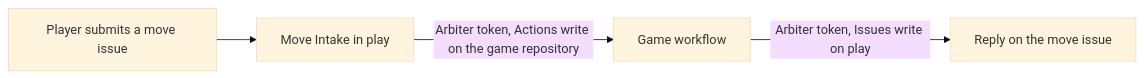
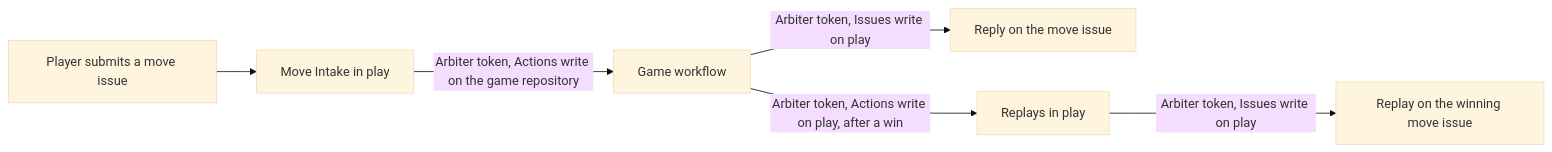
The diagram in docs/GitHub-App.md (tannergolden/play), drawn with Mermaid (base theme) before and after one commit. The commit also changed other lines of this file and 1 other file, not shown here.

First line of the commit message:
docs(replays): 📝 show the replays, and what the App needs for them

````diff
--- a/docs/GitHub-App.md
+++ b/docs/GitHub-App.md
@@ -46,6 +47,8 @@
 ```mermaid
 graph LR
     A[Player submits a move issue] --> B[Move Intake in play]
     B -->|Arbiter token, Actions write on the game repository| C[Game workflow]
     C -->|Arbiter token, Issues write on play| D[Reply on the move issue]
+    C -->|Arbiter token, Actions write on play, after a win| E[Replays in play]
+    E -->|Arbiter token, Issues write on play| F[Replay on the winning move issue]
 ```
````
